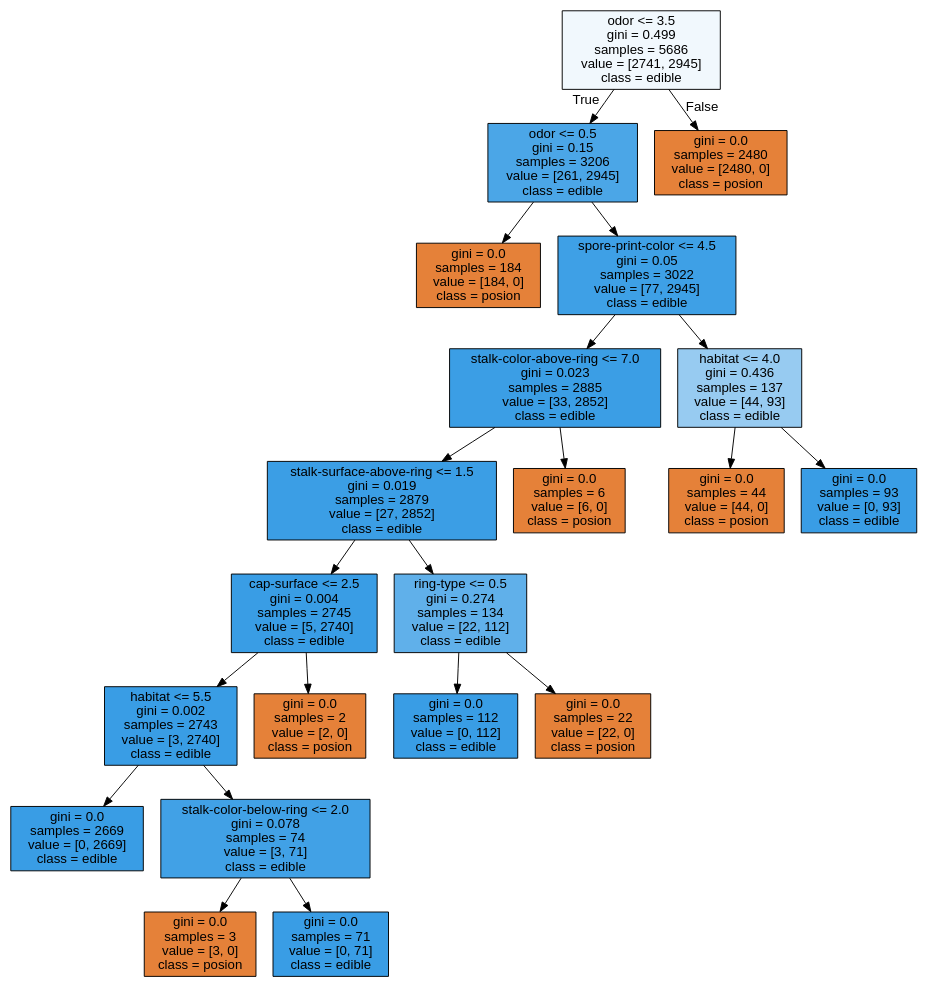
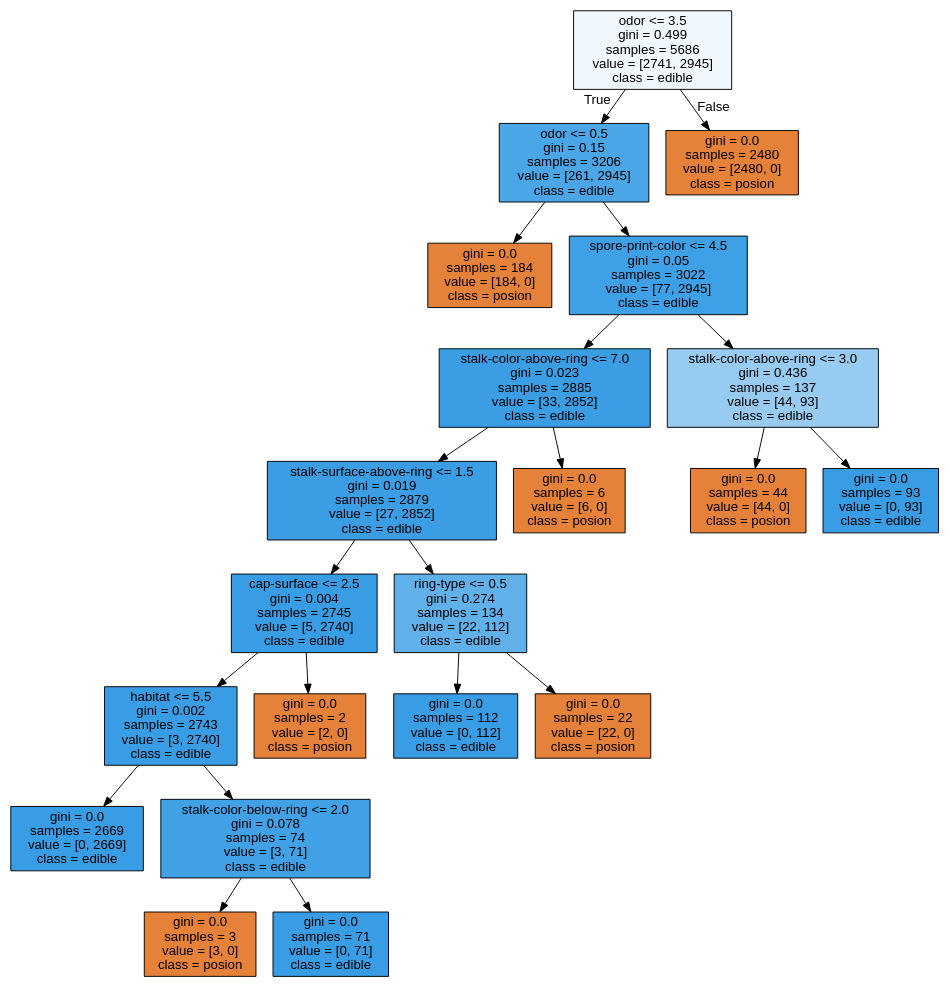
Before and after one commit to WonRyeong1207/KDT6: the diagram in EX_ML/data/best_mushroom_tree.dot, drawn with Graphviz. The commit also changed 3 other files, not shown here.

```diff
--- a/EX_ML/data/best_mushroom_tree.dot
+++ b/EX_ML/data/best_mushroom_tree.dot
@@ -1,45 +1,45 @@
 digraph Tree {
 node [shape=box, style="filled", color="black", fontname="helvetica"] ;
 edge [fontname="helvetica"] ;
 0 [label="odor <= 3.5\ngini = 0.499\nsamples = 5686\nvalue = [2741, 2945]\nclass = edible", fillcolor="#f1f8fd"] ;
 1 [label="odor <= 0.5\ngini = 0.15\nsamples = 3206\nvalue = [261, 2945]\nclass = edible", fillcolor="#4ba6e7"] ;
 0 -> 1 [labeldistance=2.5, labelangle=45, headlabel="True"] ;
 2 [label="gini = 0.0\nsamples = 184\nvalue = [184, 0]\nclass = posion", fillcolor="#e58139"] ;
 1 -> 2 ;
 3 [label="spore-print-color <= 4.5\ngini = 0.05\nsamples = 3022\nvalue = [77, 2945]\nclass = edible", fillcolor="#3ea0e6"] ;
 1 -> 3 ;
 4 [label="stalk-color-above-ring <= 7.0\ngini = 0.023\nsamples = 2885\nvalue = [33, 2852]\nclass = edible", fillcolor="#3b9ee5"] ;
 3 -> 4 ;
 5 [label="stalk-surface-above-ring <= 1.5\ngini = 0.019\nsamples = 2879\nvalue = [27, 2852]\nclass = edible", fillcolor="#3b9ee5"] ;
 4 -> 5 ;
 6 [label="cap-surface <= 2.5\ngini = 0.004\nsamples = 2745\nvalue = [5, 2740]\nclass = edible", fillcolor="#399de5"] ;
 5 -> 6 ;
 7 [label="habitat <= 5.5\ngini = 0.002\nsamples = 2743\nvalue = [3, 2740]\nclass = edible", fillcolor="#399de5"] ;
 6 -> 7 ;
 8 [label="gini = 0.0\nsamples = 2669\nvalue = [0, 2669]\nclass = edible", fillcolor="#399de5"] ;
 7 -> 8 ;
 9 [label="stalk-color-below-ring <= 2.0\ngini = 0.078\nsamples = 74\nvalue = [3, 71]\nclass = edible", fillcolor="#41a1e6"] ;
 7 -> 9 ;
 10 [label="gini = 0.0\nsamples = 3\nvalue = [3, 0]\nclass = posion", fillcolor="#e58139"] ;
 9 -> 10 ;
 11 [label="gini = 0.0\nsamples = 71\nvalue = [0, 71]\nclass = edible", fillcolor="#399de5"] ;
 9 -> 11 ;
 12 [label="gini = 0.0\nsamples = 2\nvalue = [2, 0]\nclass = posion", fillcolor="#e58139"] ;
 6 -> 12 ;
 13 [label="ring-type <= 0.5\ngini = 0.274\nsamples = 134\nvalue = [22, 112]\nclass = edible", fillcolor="#60b0ea"] ;
 5 -> 13 ;
 14 [label="gini = 0.0\nsamples = 112\nvalue = [0, 112]\nclass = edible", fillcolor="#399de5"] ;
 13 -> 14 ;
 15 [label="gini = 0.0\nsamples = 22\nvalue = [22, 0]\nclass = posion", fillcolor="#e58139"] ;
 13 -> 15 ;
 16 [label="gini = 0.0\nsamples = 6\nvalue = [6, 0]\nclass = posion", fillcolor="#e58139"] ;
 4 -> 16 ;
-17 [label="habitat <= 4.0\ngini = 0.436\nsamples = 137\nvalue = [44, 93]\nclass = edible", fillcolor="#97cbf1"] ;
+17 [label="stalk-color-above-ring <= 3.0\ngini = 0.436\nsamples = 137\nvalue = [44, 93]\nclass = edible", fillcolor="#97cbf1"] ;
 3 -> 17 ;
 18 [label="gini = 0.0\nsamples = 44\nvalue = [44, 0]\nclass = posion", fillcolor="#e58139"] ;
 17 -> 18 ;
 19 [label="gini = 0.0\nsamples = 93\nvalue = [0, 93]\nclass = edible", fillcolor="#399de5"] ;
 17 -> 19 ;
 20 [label="gini = 0.0\nsamples = 2480\nvalue = [2480, 0]\nclass = posion", fillcolor="#e58139"] ;
 0 -> 20 [labeldistance=2.5, labelangle=-45, headlabel="False"] ;
 }
```
